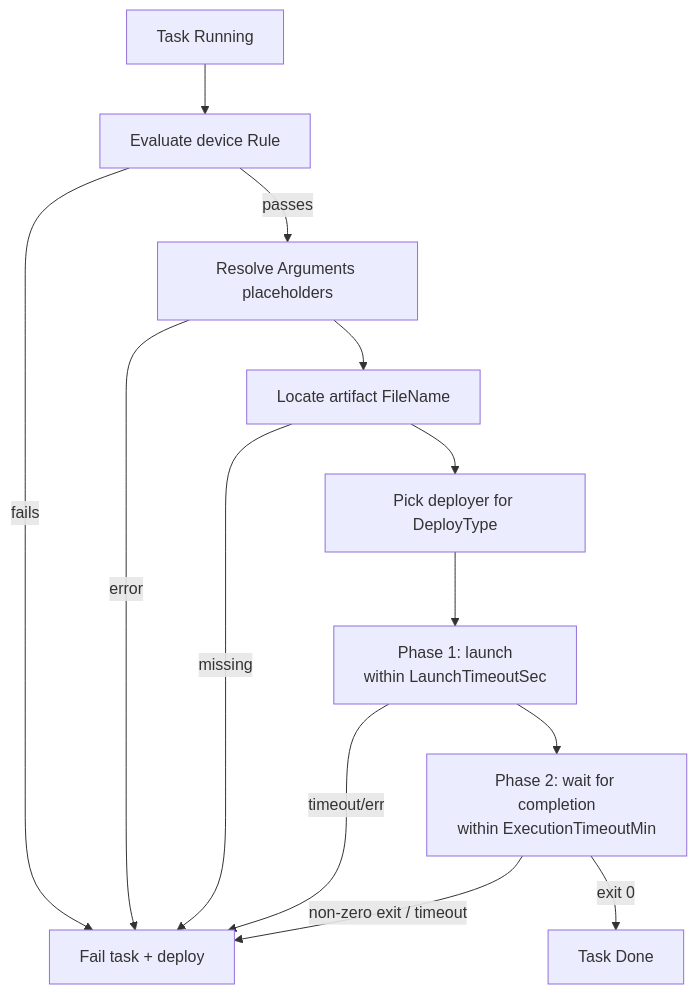
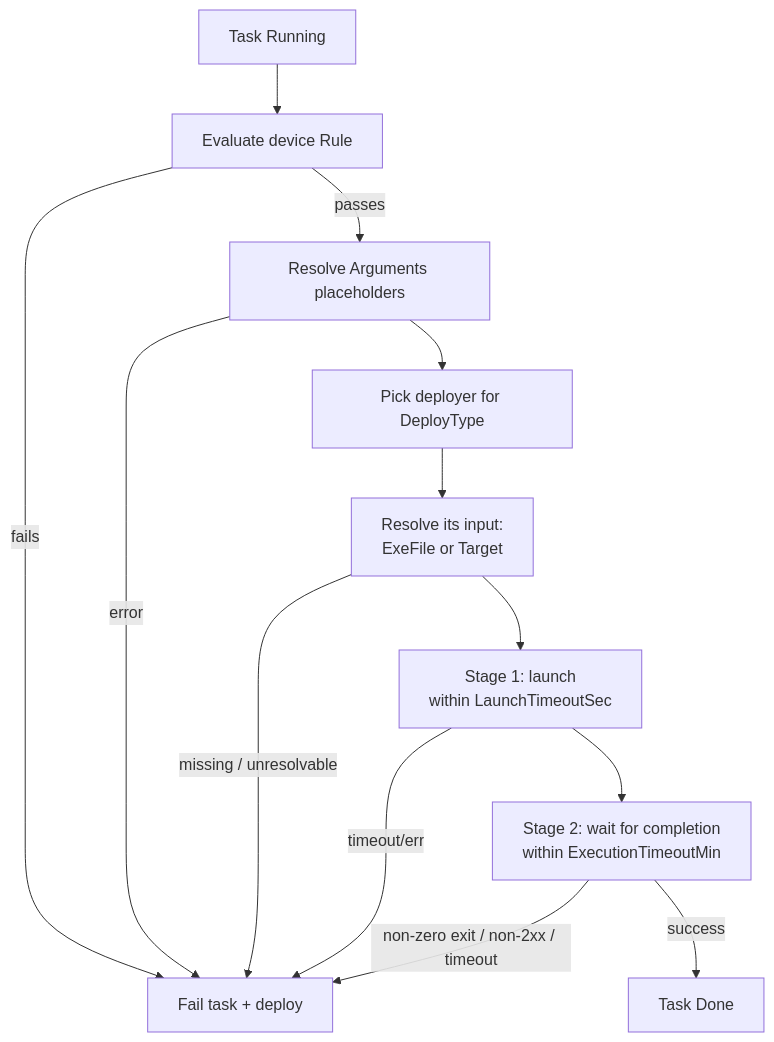
Before and after one commit to getappsh/docs: the third of 6 diagrams in docs/root/deploy-v2.md, drawn with Mermaid. The commit also changed other lines of this file, not shown here.

````diff
--- a/docs/root/deploy-v2.md
+++ b/docs/root/deploy-v2.md
@@ -160,15 +182,15 @@
 ```mermaid
 flowchart TD
     A[Task Running] --> B[Evaluate device Rule]
     B -- fails --> Z[Fail task + deploy]
     B -- passes --> C[Resolve Arguments placeholders]
     C -- error --> Z
-    C --> D[Locate artifact FileName]
-    D -- missing --> Z
-    D --> E[Pick deployer for DeployType]
-    E --> F[Phase 1: launch<br/>within LaunchTimeoutSec]
+    C --> D[Pick deployer for DeployType]
+    D --> E[Resolve its input:<br/>ExeFile or Target]
+    E -- missing / unresolvable --> Z
+    E --> F[Stage 1: launch<br/>within LaunchTimeoutSec]
     F -- timeout/err --> Z
-    F --> G[Phase 2: wait for completion<br/>within ExecutionTimeoutMin]
-    G -- non-zero exit / timeout --> Z
-    G -- exit 0 --> H[Task Done]
+    F --> G[Stage 2: wait for completion<br/>within ExecutionTimeoutMin]
+    G -- non-zero exit / non-2xx / timeout --> Z
+    G -- success --> H[Task Done]
 ```
````
